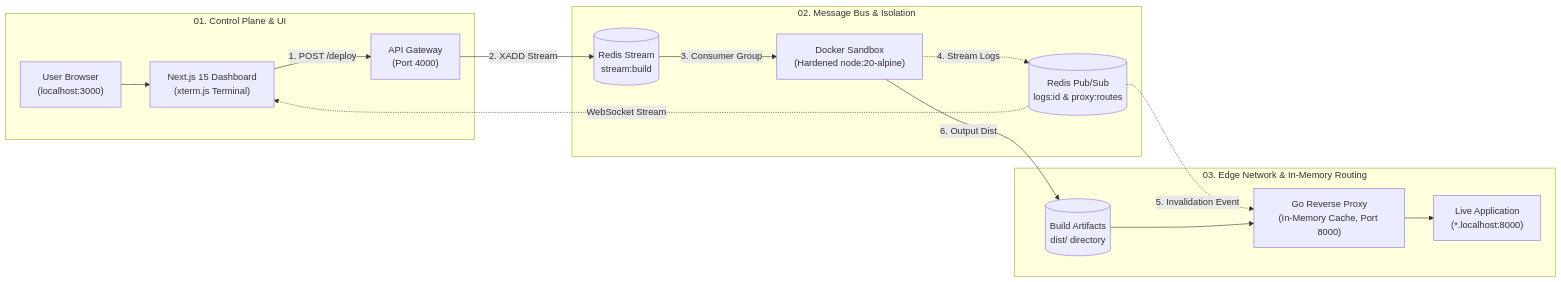
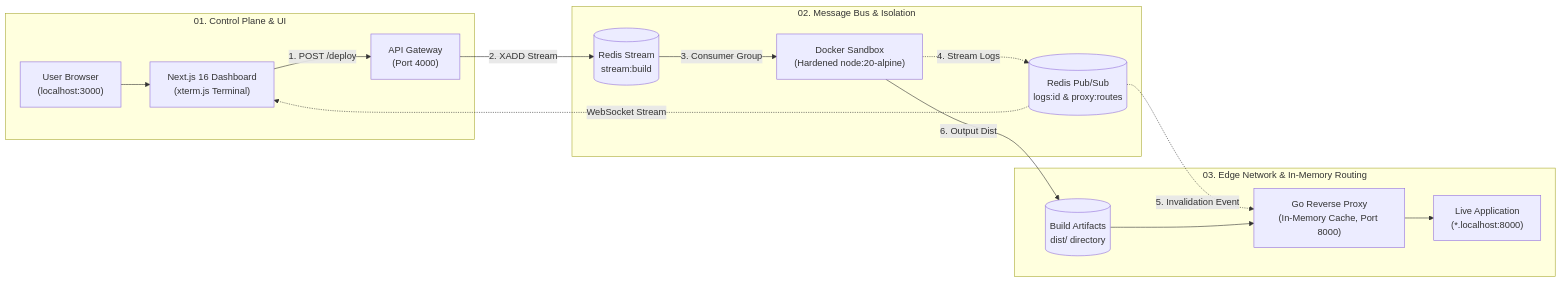
The diagram in README.md (gxmngi/stratus-cloud), drawn with Mermaid before and after one commit. The commit also changed other lines of this file and 21 other files, not shown here.

````diff
--- a/README.md
+++ b/README.md
@@ -60,31 +60,31 @@
 ```mermaid
 flowchart LR
     subgraph UI ["01. Control Plane & UI"]
         Dev["User Browser<br/>(localhost:3000)"]
-        Dash["Next.js 15 Dashboard<br/>(xterm.js Terminal)"]
+        Dash["Next.js 16 Dashboard<br/>(xterm.js Terminal)"]
         API["API Gateway<br/>(Port 4000)"]
         Dev --> Dash
         Dash -->|"1. POST /deploy"| API
     end
 
     subgraph Broker ["02. Message Bus & Isolation"]
         RedisStream[("Redis Stream<br/>stream:build")]
         Docker["Docker Sandbox<br/>(Hardened node:20-alpine)"]
         RedisPubSub[("Redis Pub/Sub<br/>logs:id & proxy:routes")]
         RedisStream -->|"3. Consumer Group"| Docker
         Docker -.->|"4. Stream Logs"| RedisPubSub
     end
 
     subgraph Edge ["03. Edge Network & In-Memory Routing"]
         Dist[("Build Artifacts<br/>dist/ directory")]
         GoProxy["Go Reverse Proxy<br/>(In-Memory Cache, Port 8000)"]
         App["Live Application<br/>(*.localhost:8000)"]
         RedisPubSub -.->|"5. Invalidation Event"| GoProxy
         Dist --> GoProxy
         GoProxy --> App
     end
 
     API -->|"2. XADD Stream"| RedisStream
     RedisPubSub -.->|"WebSocket Stream"| Dash
     Docker -->|"6. Output Dist"| Dist
 ```
````
